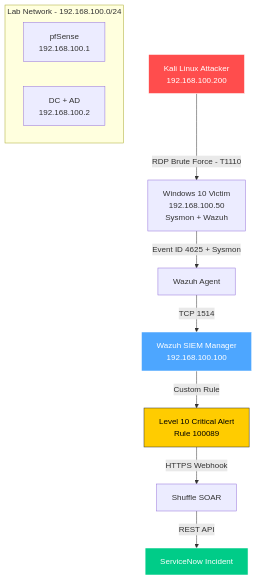
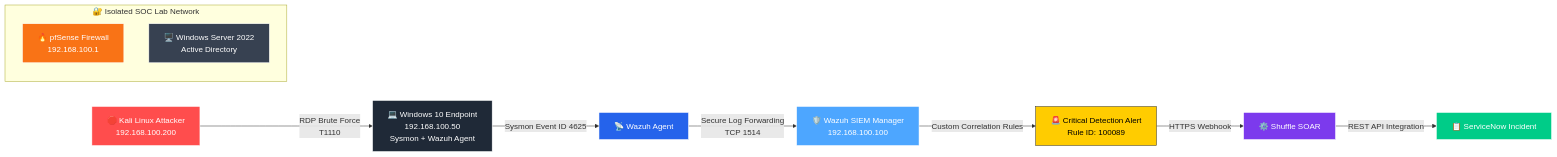
The diagram in README.md (Bommalimallesu/Autonomous-SOC-Home-Lab), drawn with Mermaid before and after one commit.

Commit message:
updated architecture diagram

````diff
--- a/README.md
+++ b/README.md
@@ -22,17 +22,53 @@
 ```mermaid
-flowchart TD
-    A["Kali Linux Attacker<br>192.168.100.200"] -->|"RDP Brute Force - T1110"| B["Windows 10 Victim<br>192.168.100.50<br>Sysmon + Wazuh"]
-    B -->|"Event ID 4625 + Sysmon"| C["Wazuh Agent"]
-    C -->|"TCP 1514"| D["Wazuh SIEM Manager<br>192.168.100.100"]
-    D -->|"Custom Rule"| E["Level 10 Critical Alert<br>Rule 100089"]
-    E -->|"HTTPS Webhook"| F["Shuffle SOAR"]
-    F -->|"REST API"| G["ServiceNow Incident"]
-    subgraph "Lab Network - 192.168.100.0/24"
-        H["pfSense<br>192.168.100.1"]
-        I["DC + AD<br>192.168.100.2"]
+flowchart LR
+
+    %% Attack Source
+    A["🛑 Kali Linux Attacker<br>192.168.100.200"]
+
+    %% Endpoint
+    B["💻 Windows 10 Endpoint<br>192.168.100.50<br>Sysmon + Wazuh Agent"]
+
+    %% SIEM Layer
+    C["📡 Wazuh Agent"]
+    D["🛡️ Wazuh SIEM Manager<br>192.168.100.100"]
+
+    %% Detection
+    E["🚨 Critical Detection Alert<br>Rule ID: 100089"]
+
+    %% SOAR
+    F["⚙️ Shuffle SOAR"]
+
+    %% ITSM
+    G["📋 ServiceNow Incident"]
+
+    %% Infrastructure
+    subgraph LAB["🔐 Isolated SOC Lab Network"]
+        H["🔥 pfSense Firewall<br>192.168.100.1"]
+        I["🖥️ Windows Server 2022<br>Active Directory"]
     end
-    style A fill:#ff4d4d,stroke:#fff,color:#fff
-    style D fill:#4da6ff,stroke:#fff,color:#fff
-    style E fill:#ffcc00,stroke:#333,color:#000
-    style G fill:#00cc88,stroke:#fff,color:#fff
+
+    %% Attack Flow
+    A -->|"RDP Brute Force<br>T1110"| B
+
+    %% Telemetry Flow
+    B -->|"Sysmon Event ID 4625"| C
+    C -->|"Secure Log Forwarding<br>TCP 1514"| D
+
+    %% Detection Flow
+    D -->|"Custom Correlation Rules"| E
+
+    %% Automation Flow
+    E -->|"HTTPS Webhook"| F
+    F -->|"REST API Integration"| G
+
+    %% Styling
+    style A fill:#ff4d4d,stroke:#ffffff,color:#ffffff
+    style B fill:#1f2937,stroke:#ffffff,color:#ffffff
+    style C fill:#2563eb,stroke:#ffffff,color:#ffffff
+    style D fill:#4da6ff,stroke:#ffffff,color:#ffffff
+    style E fill:#ffcc00,stroke:#333333,color:#000000
+    style F fill:#7c3aed,stroke:#ffffff,color:#ffffff
+    style G fill:#00cc88,stroke:#ffffff,color:#ffffff
+    style H fill:#f97316,stroke:#ffffff,color:#ffffff
+    style I fill:#374151,stroke:#ffffff,color:#ffffff
 ```
````
